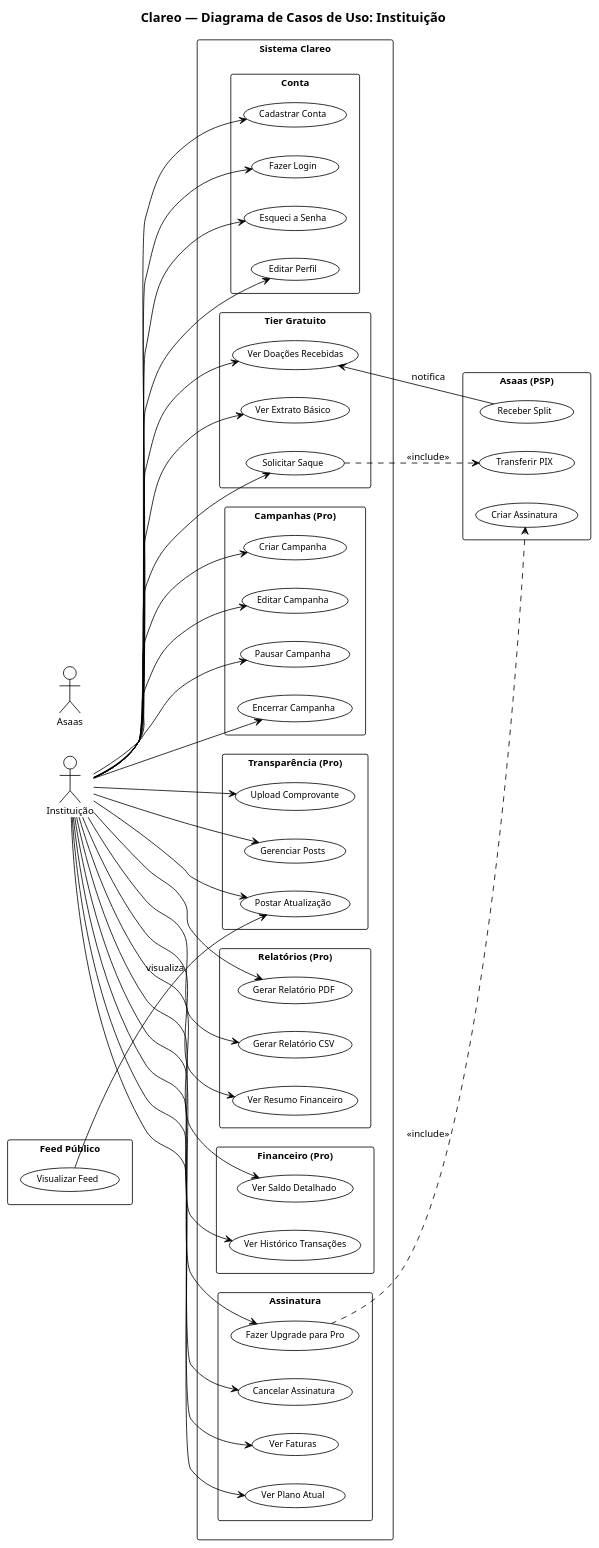
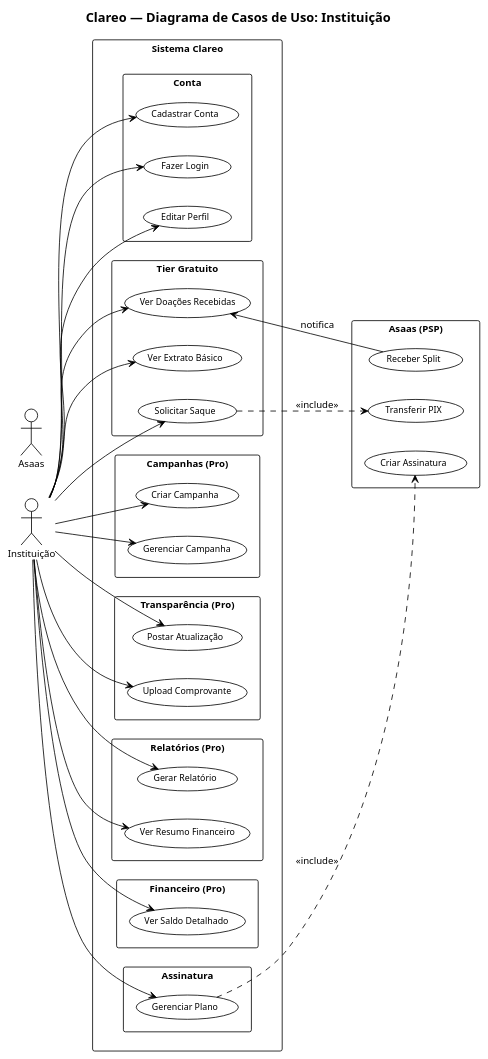
The diagram in doc/asaas/diagramas/03-INSTITUICAO.puml (GabrielHR0/clareo-api), drawn with PlantUML before and after one commit. The commit also changed 1 other file, not shown here.

Commit message:
docs: corrigir diagrama instituição (mais horizontal) e integração Asaas (bonequinho com ligações)

```diff
--- a/doc/asaas/diagramas/03-INSTITUICAO.puml
+++ b/doc/asaas/diagramas/03-INSTITUICAO.puml
@@ -1,111 +1,87 @@
 @startuml Clareo - Instituicao
 !theme plain
 skinparam defaultFontName Arial
 skinparam defaultFontSize 12
 skinparam packageFontSize 13
 skinparam packageStyle rectangle
 skinparam useCaseFontSize 11
 skinparam actorFontSize 12
 skinparam titleFontSize 16
 skinparam titleFontStyle bold
 
 title Clareo — Diagrama de Casos de Uso: Instituição
 
 left to right direction
 
 ' ===== Atores =====
 actor "Instituição" as Institution
 actor "Asaas" as Asaas
 
 ' ===== Sistema =====
 rectangle "Sistema Clareo" {
 
   package "Conta" {
     usecase "Cadastrar Conta" as UC1
     usecase "Fazer Login" as UC2
-    usecase "Esqueci a Senha" as UC3
-    usecase "Editar Perfil" as UC4
+    usecase "Editar Perfil" as UC3
   }
 
   package "Tier Gratuito" {
-    usecase "Ver Doações Recebidas" as UC5
-    usecase "Ver Extrato Básico" as UC6
-    usecase "Solicitar Saque" as UC7
+    usecase "Ver Doações Recebidas" as UC4
+    usecase "Ver Extrato Básico" as UC5
+    usecase "Solicitar Saque" as UC6
   }
 
   package "Campanhas (Pro)" {
-    usecase "Criar Campanha" as UC8
-    usecase "Editar Campanha" as UC9
-    usecase "Pausar Campanha" as UC10
-    usecase "Encerrar Campanha" as UC11
+    usecase "Criar Campanha" as UC7
+    usecase "Gerenciar Campanha" as UC8
   }
 
   package "Transparência (Pro)" {
-    usecase "Postar Atualização" as UC12
-    usecase "Upload Comprovante" as UC13
-    usecase "Gerenciar Posts" as UC14
+    usecase "Postar Atualização" as UC9
+    usecase "Upload Comprovante" as UC10
   }
 
   package "Relatórios (Pro)" {
-    usecase "Gerar Relatório PDF" as UC15
-    usecase "Gerar Relatório CSV" as UC16
-    usecase "Ver Resumo Financeiro" as UC17
+    usecase "Gerar Relatório" as UC11
+    usecase "Ver Resumo Financeiro" as UC12
   }
 
   package "Financeiro (Pro)" {
-    usecase "Ver Saldo Detalhado" as UC18
-    usecase "Ver Histórico Transações" as UC19
+    usecase "Ver Saldo Detalhado" as UC13
   }
 
   package "Assinatura" {
-    usecase "Ver Plano Atual" as UC20
-    usecase "Fazer Upgrade para Pro" as UC21
-    usecase "Cancelar Assinatura" as UC22
-    usecase "Ver Faturas" as UC23
+    usecase "Gerenciar Plano" as UC14
   }
 }
 
 ' ===== Asaas =====
 rectangle "Asaas (PSP)" {
   usecase "Receber Split" as UC_A1
   usecase "Transferir PIX" as UC_A2
   usecase "Criar Assinatura" as UC_A3
-}
-
-' ===== Feed Público =====
-rectangle "Feed Público" {
-  usecase "Visualizar Feed" as UC_F1
 }
 
 ' ===== Conexões =====
 Institution --> UC1
 Institution --> UC2
 Institution --> UC3
 Institution --> UC4
 Institution --> UC5
 Institution --> UC6
 Institution --> UC7
 Institution --> UC8
 Institution --> UC9
 Institution --> UC10
 Institution --> UC11
 Institution --> UC12
 Institution --> UC13
 Institution --> UC14
-Institution --> UC15
-Institution --> UC16
-Institution --> UC17
-Institution --> UC18
-Institution --> UC19
-Institution --> UC20
-Institution --> UC21
-Institution --> UC22
-Institution --> UC23
 
 ' ===== Relacionamentos =====
-UC_F1 --> UC12 : visualiza
-UC_A1 --> UC5 : notifica
-UC7 ..> UC_A2 : <<include>>
-UC21 ..> UC_A3 : <<include>>
+UC_A1 --> UC4 : notifica
+UC6 ..> UC_A2 : <<include>>
+UC14 ..> UC_A3 : <<include>>
 
 @enduml
```
